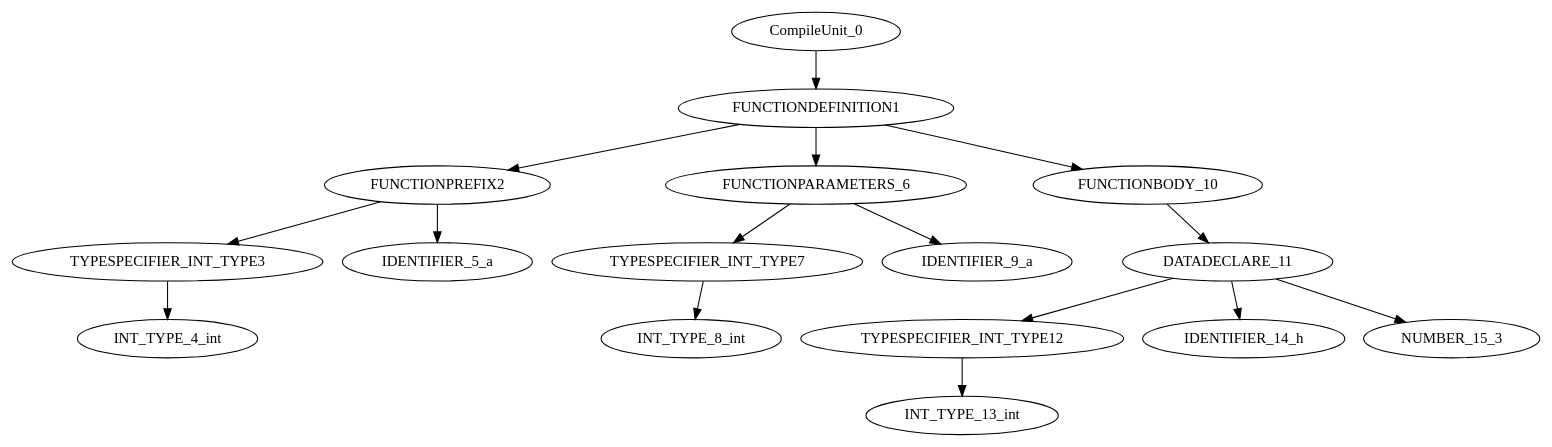
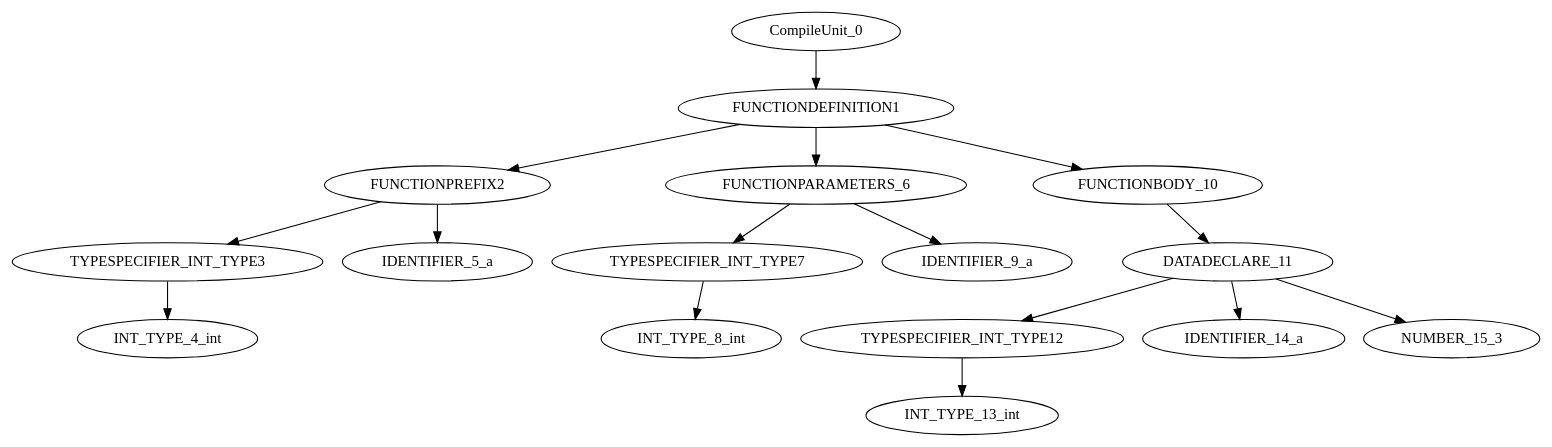
The diagram in C2ASM/TestBench/SyntaxTree.dot (vasilismoulas/Compiler-C2ASM), drawn with Graphviz before and after one commit. The commit also changed 55 other files, not shown here.

```diff
--- a/C2ASM/TestBench/SyntaxTree.dot
+++ b/C2ASM/TestBench/SyntaxTree.dot
@@ -1,17 +1,17 @@
 digraph G{
 "CompileUnit_0"->"FUNCTIONDEFINITION1";
 "FUNCTIONDEFINITION1"->"FUNCTIONPREFIX2";
 "FUNCTIONPREFIX2"->"TYPESPECIFIER_INT_TYPE3";
 "TYPESPECIFIER_INT_TYPE3"->"INT_TYPE_4_int";
 "FUNCTIONPREFIX2"->"IDENTIFIER_5_a";
 "FUNCTIONDEFINITION1"->"FUNCTIONPARAMETERS_6";
 "FUNCTIONPARAMETERS_6"->"TYPESPECIFIER_INT_TYPE7";
 "TYPESPECIFIER_INT_TYPE7"->"INT_TYPE_8_int";
 "FUNCTIONPARAMETERS_6"->"IDENTIFIER_9_a";
 "FUNCTIONDEFINITION1"->"FUNCTIONBODY_10";
 "FUNCTIONBODY_10"->"DATADECLARE_11";
 "DATADECLARE_11"->"TYPESPECIFIER_INT_TYPE12";
 "TYPESPECIFIER_INT_TYPE12"->"INT_TYPE_13_int";
-"DATADECLARE_11"->"IDENTIFIER_14_h";
+"DATADECLARE_11"->"IDENTIFIER_14_a";
 "DATADECLARE_11"->"NUMBER_15_3";
 }
```
